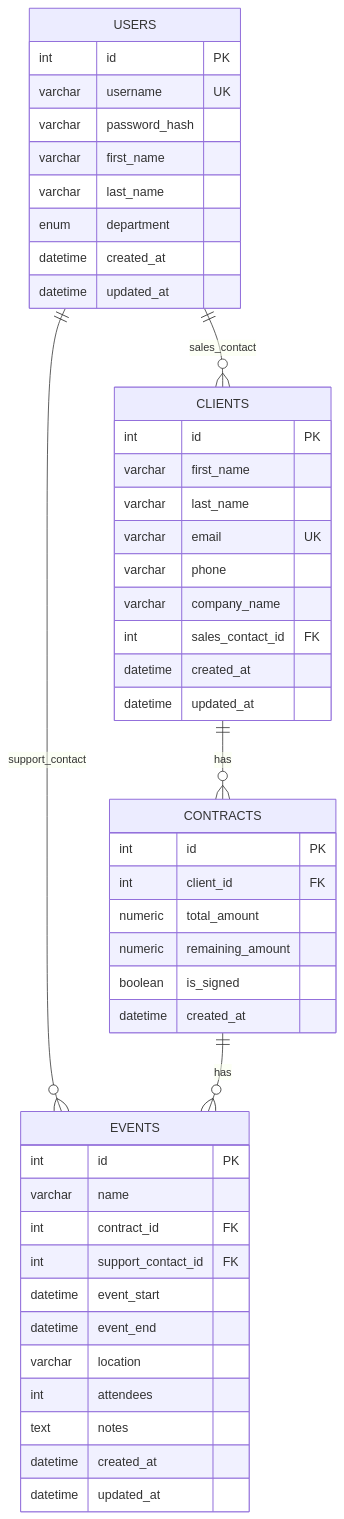
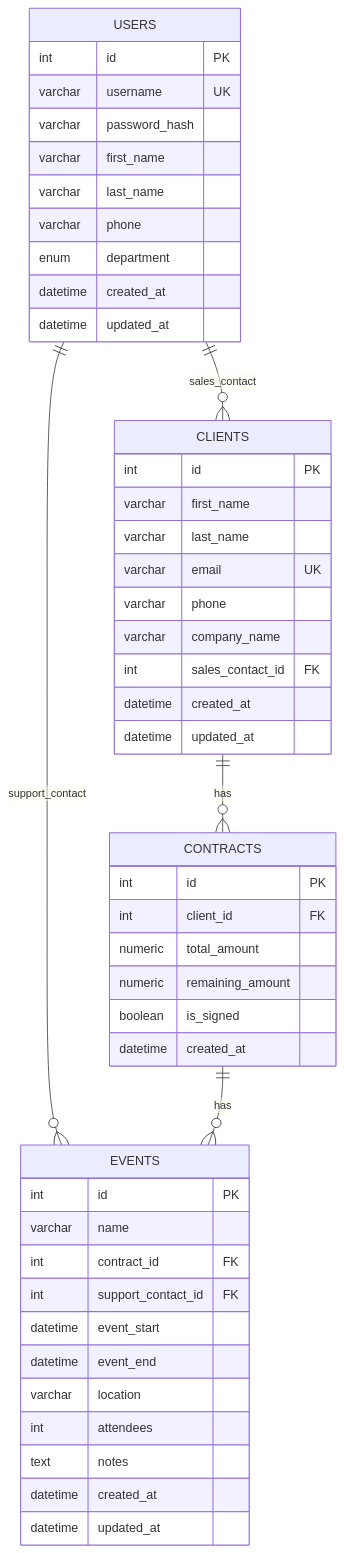
The diagram in doc/database-schema.md (SebGris/project-12-architecture-back-end), drawn with Mermaid before and after one commit. The commit also changed other lines of this file, not shown here.

Commit message:
Ajout de la colonne 'phone' dans le schéma de base de données pour les utilisateurs, incluant des détails sur le format et les contraintes.

````diff
--- a/doc/database-schema.md
+++ b/doc/database-schema.md
@@ -364,53 +366,54 @@
 ```mermaid
 erDiagram
     USERS ||--o{ CLIENTS : "sales_contact"
     USERS ||--o{ EVENTS : "support_contact"
     CLIENTS ||--o{ CONTRACTS : "has"
     CONTRACTS ||--o{ EVENTS : "has"
 
     USERS {
         int id PK
         varchar username UK
         varchar password_hash
         varchar first_name
         varchar last_name
+        varchar phone
         enum department
         datetime created_at
         datetime updated_at
     }
 
     CLIENTS {
         int id PK
         varchar first_name
         varchar last_name
         varchar email UK
         varchar phone
         varchar company_name
         int sales_contact_id FK
         datetime created_at
         datetime updated_at
     }
 
     CONTRACTS {
         int id PK
         int client_id FK
         numeric total_amount
         numeric remaining_amount
         boolean is_signed
         datetime created_at
     }
 
     EVENTS {
         int id PK
         varchar name
         int contract_id FK
         int support_contact_id FK
         datetime event_start
         datetime event_end
         varchar location
         int attendees
         text notes
         datetime created_at
         datetime updated_at
     }
 ```
````
